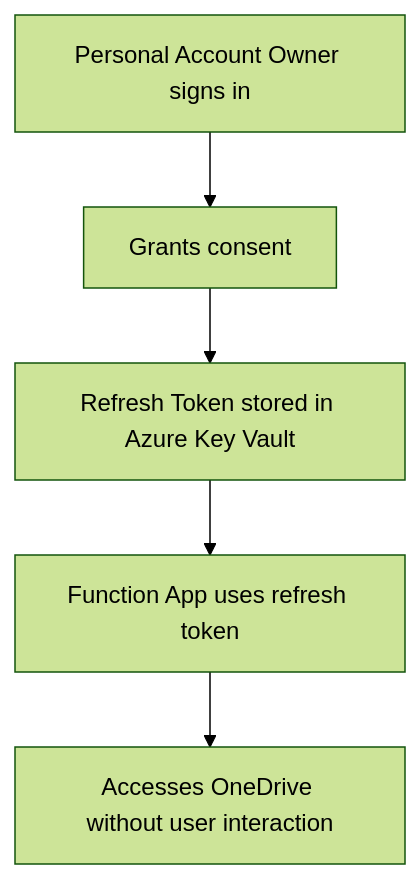
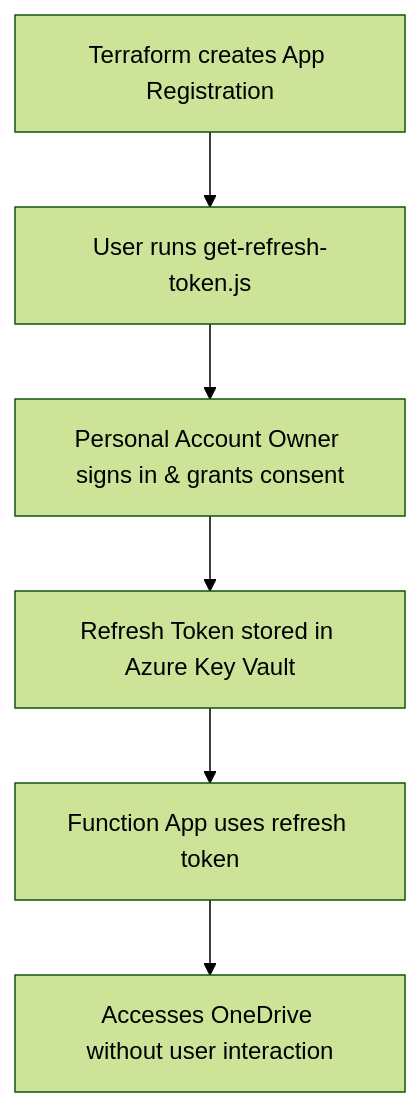
The diagram in docs/PERSONAL_ACCOUNTS_SETUP.md (louisledev/photosync), drawn with Mermaid (forest theme) before and after one commit. The commit also changed other lines of this file and 8 other files, not shown here.

First line of the commit message:
Refactor Azure AD App Registration and Token Management

````diff
--- a/docs/PERSONAL_ACCOUNTS_SETUP.md
+++ b/docs/PERSONAL_ACCOUNTS_SETUP.md
@@ -15,7 +15,8 @@
 ```mermaid
 flowchart TD
-  A[Personal Account Owner signs in] --> B[Grants consent]
-  B --> C[Refresh Token stored in Azure Key Vault]
-  C --> D[Function App uses refresh token]
-  D --> E[Accesses OneDrive without user interaction]
+  A[Terraform creates App Registration] --> B[User runs get-refresh-token.js]
+  B --> C[Personal Account Owner signs in & grants consent]
+  C --> D[Refresh Token stored in Azure Key Vault]
+  D --> E[Function App uses refresh token]
+  E --> F[Accesses OneDrive without user interaction]
 ```
````
